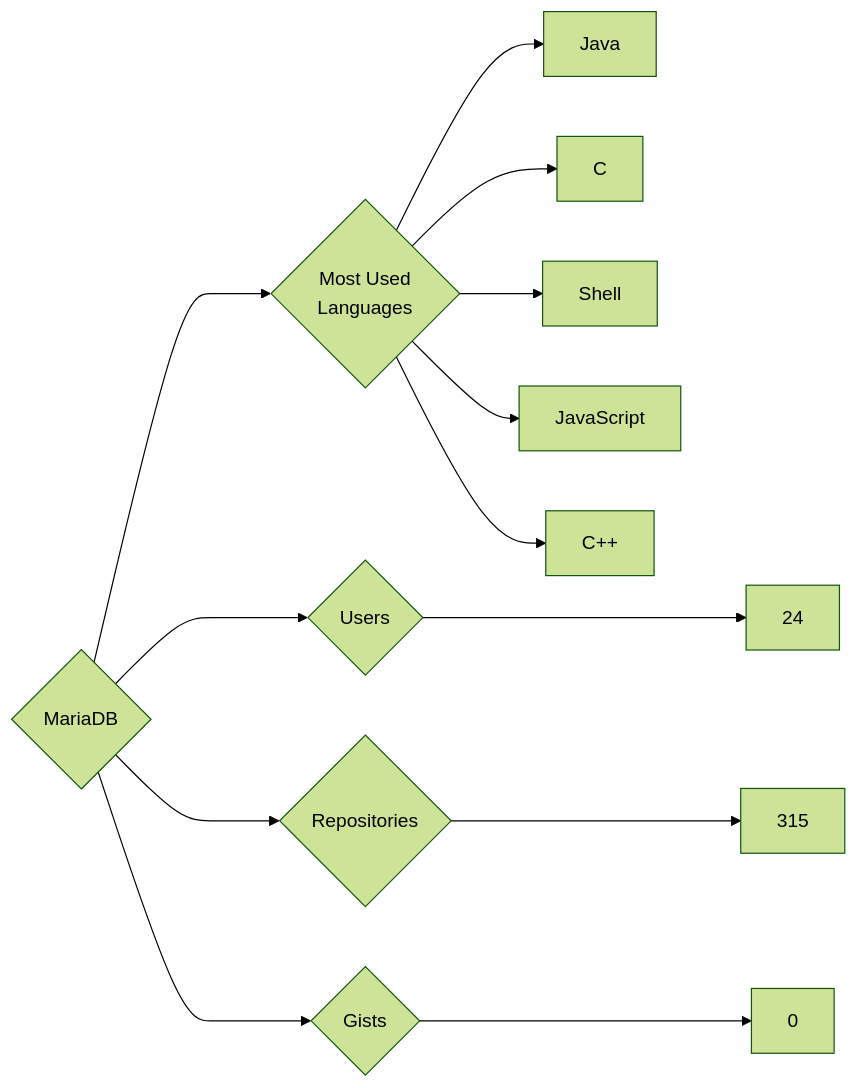
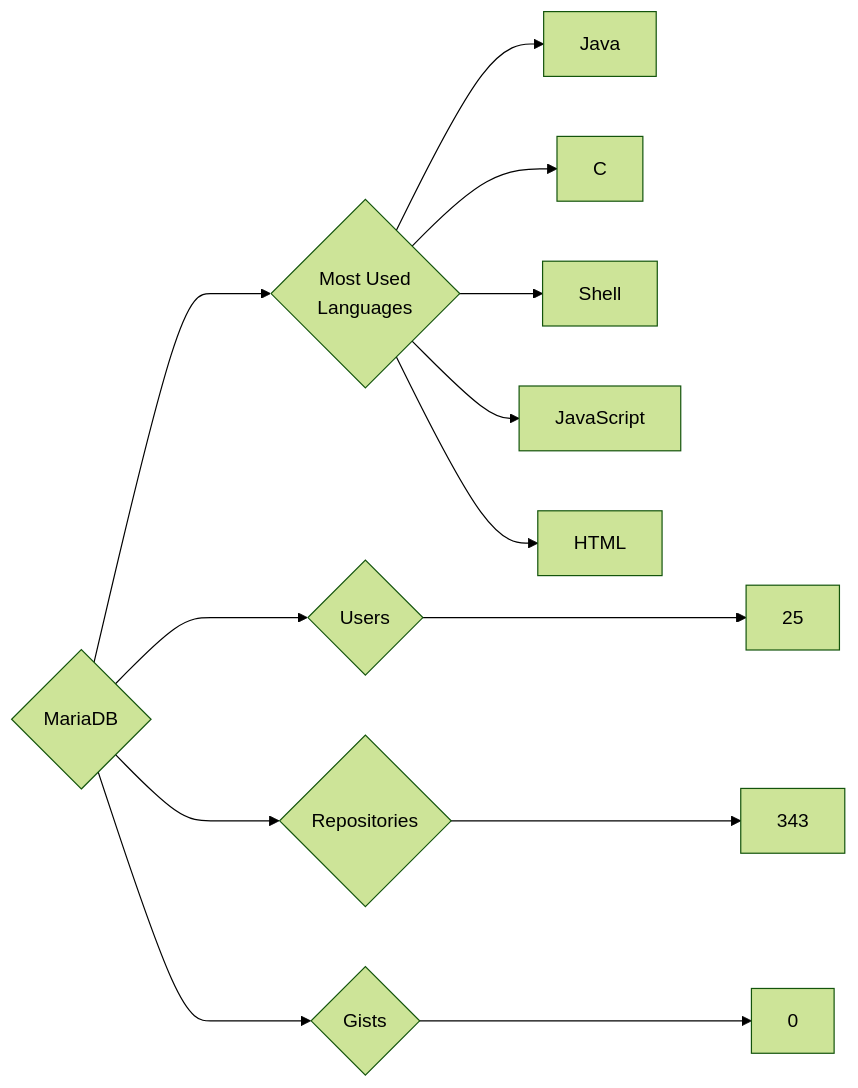
One commit to trickest/insiders changed the diagram in targets/MariaDB/README.md. Above: the diagram before and after it, drawn with Mermaid (forest theme). The commit also changed 984 other files, not shown here.

````diff
--- a/targets/MariaDB/README.md
+++ b/targets/MariaDB/README.md
@@ -3,13 +3,13 @@
 ```mermaid
 graph LR
 COMPANY_NAME{MariaDB}
-COMPANY_NAME ---> U{Users} ---> UN[24]
-COMPANY_NAME ---> R{Repositories} ---> RN[315]
+COMPANY_NAME ---> U{Users} ---> UN[25]
+COMPANY_NAME ---> R{Repositories} ---> RN[343]
 COMPANY_NAME ---> G{Gists} ---> GN[0]
 COMPANY_NAME ---> ML{Most Used<br>Languages}
 ML --> Java[Java]
 ML --> C[C]
 ML --> Shell[Shell]
 ML --> JavaScript[JavaScript]
-ML --> C++[C++]
+ML --> HTML[HTML]
 ```
````
